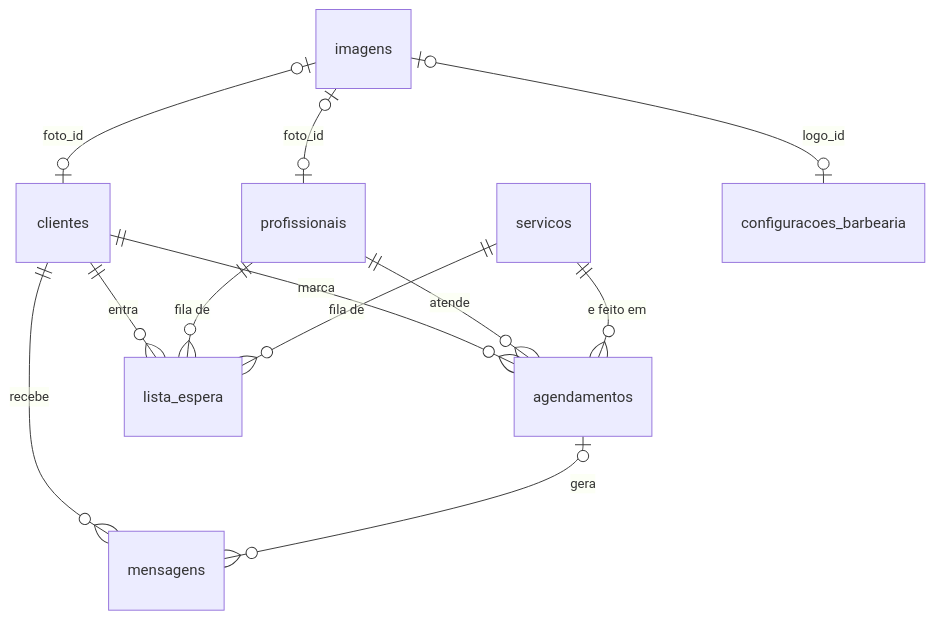
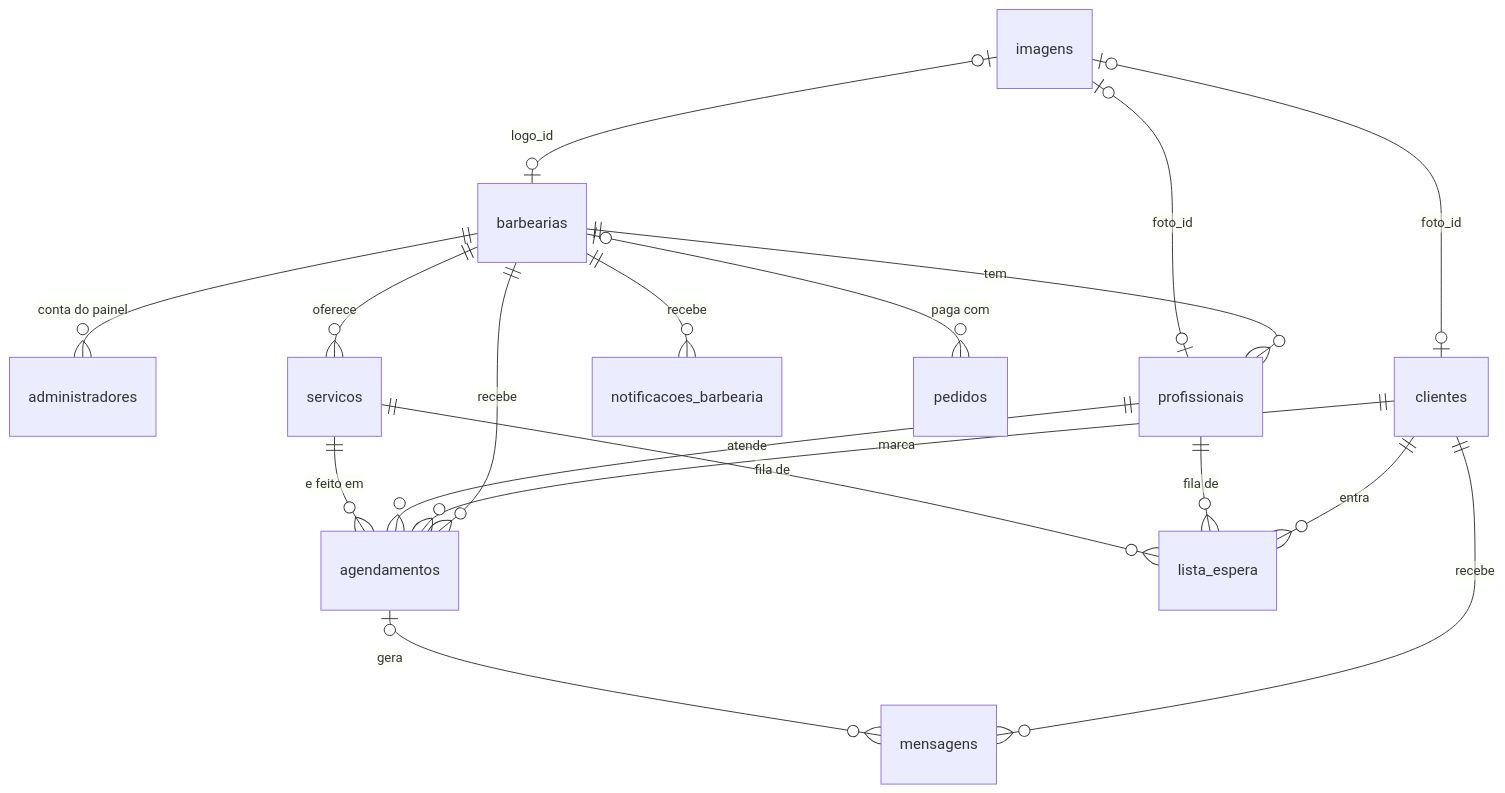
The diagram in README.md (AlessandroLuizLima/BarberFlow), drawn with Mermaid before and after one commit. The commit also changed other lines of this file, not shown here.

Commit message:
docs: planos com Mercado Pago, contato com o suporte e várias barbearias

````diff
--- a/README.md
+++ b/README.md
@@ -209,14 +247,20 @@
 ```mermaid
 erDiagram
+    barbearias ||--o{ administradores : "conta do painel"
+    barbearias ||--o{ profissionais : tem
+    barbearias ||--o{ servicos : oferece
+    barbearias ||--o{ agendamentos : recebe
+    barbearias ||--o{ notificacoes_barbearia : recebe
+    barbearias |o--o{ pedidos : "paga com"
     clientes ||--o{ agendamentos : marca
     profissionais ||--o{ agendamentos : atende
     servicos ||--o{ agendamentos : "e feito em"
     clientes ||--o{ lista_espera : entra
     profissionais ||--o{ lista_espera : "fila de"
     servicos ||--o{ lista_espera : "fila de"
     clientes ||--o{ mensagens : recebe
     agendamentos |o--o{ mensagens : gera
     imagens |o--o| clientes : "foto_id"
     imagens |o--o| profissionais : "foto_id"
-    imagens |o--o| configuracoes_barbearia : "logo_id"
+    imagens |o--o| barbearias : "logo_id"
 ```
````
